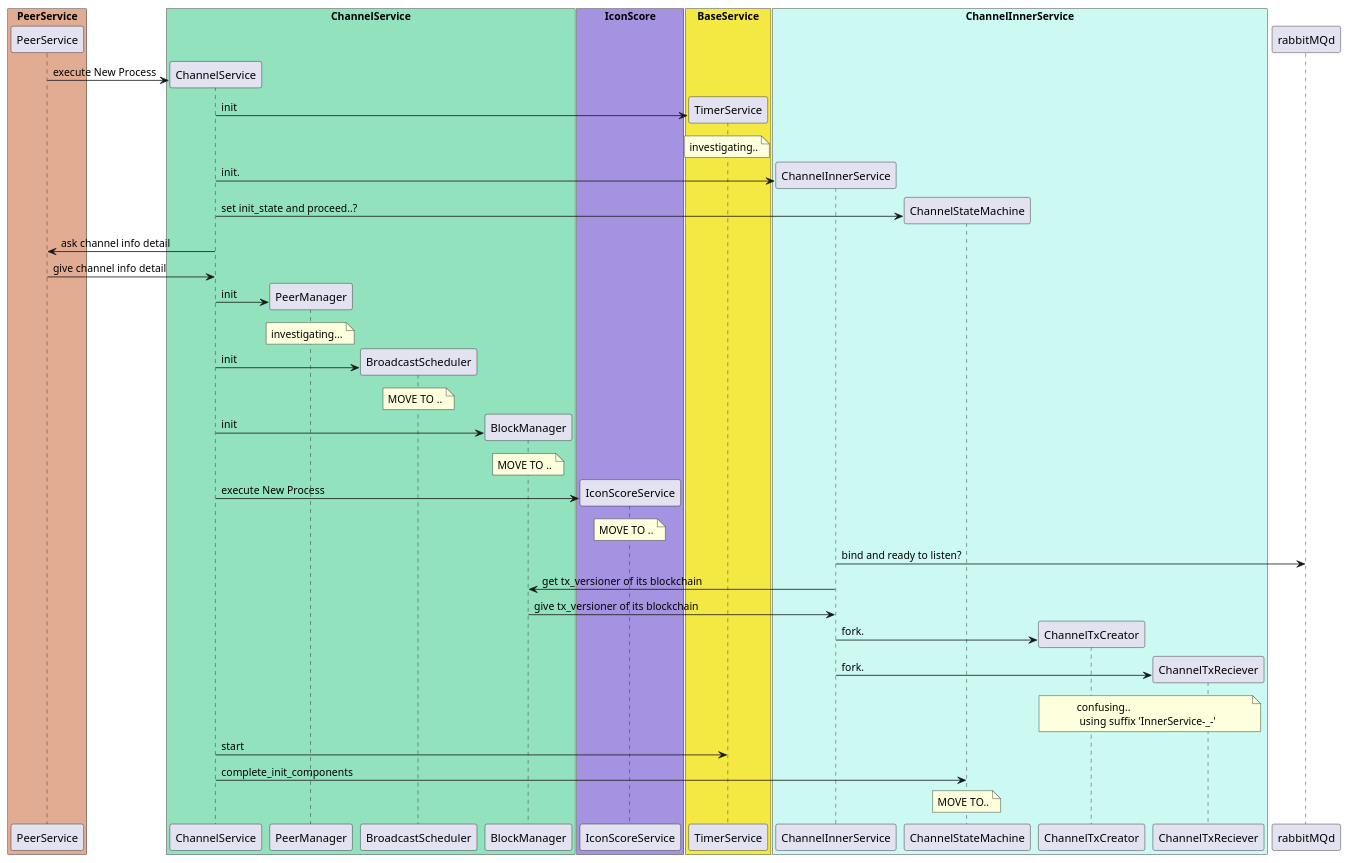
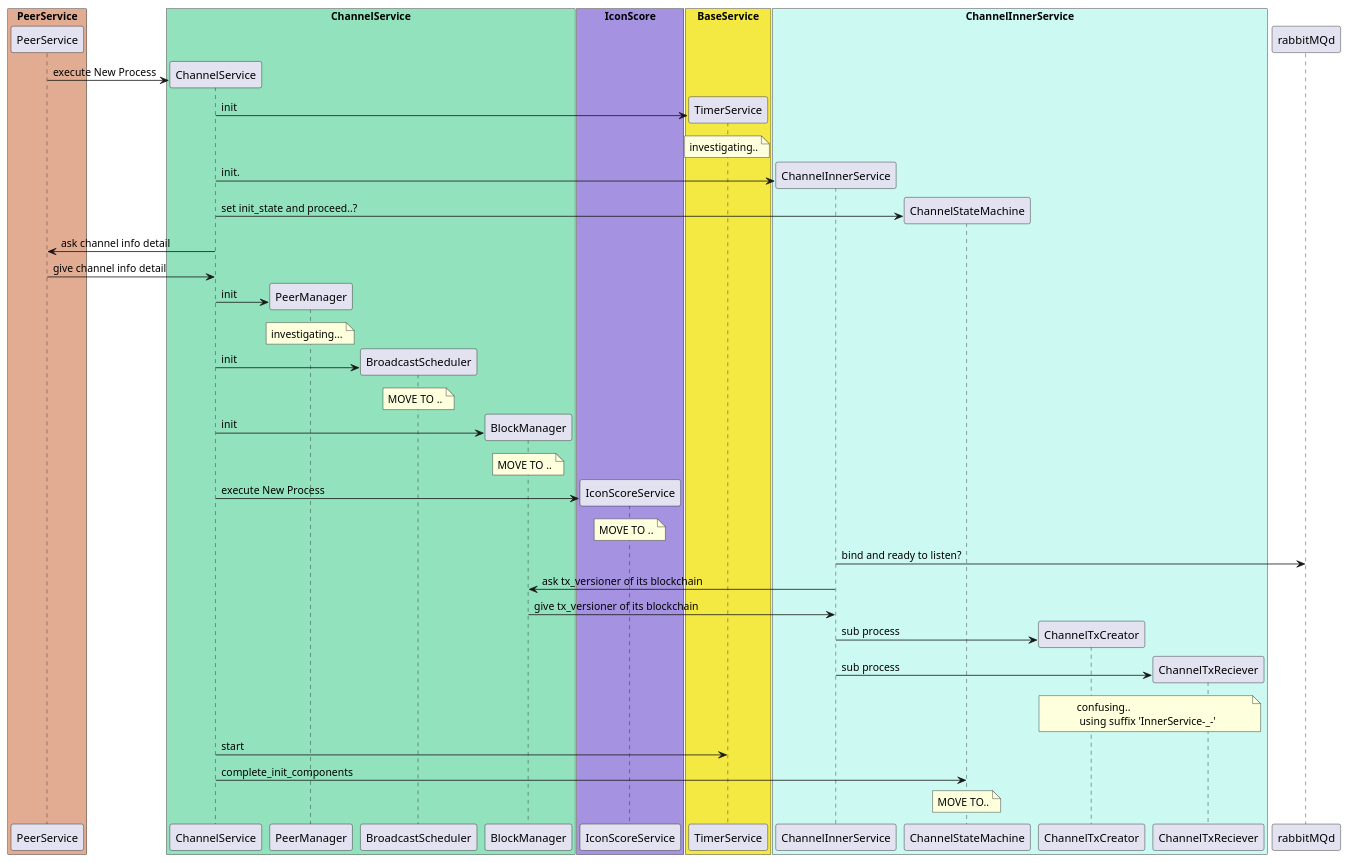
The diagram in diagram-sequence/processes/channel/channel-summary.puml (metalg0su/studies), drawn with PlantUML before and after one commit. The commit also changed other lines of this file and 7 other files, not shown here.

```diff
--- a/diagram-sequence/processes/channel/channel-summary.puml
+++ b/diagram-sequence/processes/channel/channel-summary.puml
@@ -81,81 +81,81 @@
 @startuml
 
 box "PeerService" #e2ac93
     participant PeerService
 end box
 
 box "ChannelService" #93e2be
     participant ChannelService 
     participant PeerManager 
     ' participant Signer
     participant BroadcastScheduler 
     participant BlockManager 
     ' participant NodeSubscriber
 end box
 
 box "IconScore" #a593e2
     participant IconScoreService
 end box
 
 box "BaseService" #f4e842 
     participant TimerService
 end box 
 
 box "ChannelInnerService" #ccf9f2
     participant ChannelInnerService
     participant ChannelStateMachine
     participant ChannelTxCreator
     participant ChannelTxReciever
 end box 
 
 create ChannelService
 PeerService -> ChannelService: execute New Process
 
 '---------- CHANNEL START 
 create TimerService
 ChannelService -> TimerService: init
 note over TimerService: investigating..
 create ChannelInnerService
 ChannelService -> ChannelInnerService: init.
 create ChannelStateMachine
 ChannelService -> ChannelStateMachine: set init_state and proceed..?
 ChannelService -> PeerService: ask channel info detail
 PeerService -> ChannelService: give channel info detail
 
 '---------- initialize channel by detailed info
 create PeerManager
 ChannelService -> PeerManager: init
 note over PeerManager: investigating...
 
 ' BroadcastScheduler
 create BroadcastScheduler
 ChannelService -> BroadcastScheduler: init
 note over BroadcastScheduler: MOVE TO ..
 
 ' BlockManager
 create BlockManager
 ChannelService -> BlockManager: init 
 note over BlockManager: MOVE TO ..
 
 '---------- SCORE-A
 create IconScoreService 
 ChannelService -> IconScoreService: execute New Process
 note over IconScoreService: MOVE TO ..
 '---------- SCORE-Z
 
 ChannelInnerService -> rabbitMQd: bind and ready to listen?
-ChannelInnerService -> BlockManager: get tx_versioner of its blockchain
+ChannelInnerService -> BlockManager: ask tx_versioner of its blockchain
 BlockManager -> ChannelInnerService: give tx_versioner of its blockchain
 
 '---------- Initialize Sub ServiceS 
 create ChannelTxCreator
-ChannelInnerService -> ChannelTxCreator: fork. 
+ChannelInnerService -> ChannelTxCreator: sub process 
 create ChannelTxReciever
-ChannelInnerService -> ChannelTxReciever: fork.
+ChannelInnerService -> ChannelTxReciever: sub process
 note over ChannelTxCreator, ChannelTxReciever: confusing..\n using suffix 'InnerService-_-' 
 
 '---------- finallei~ 
 ChannelService -> TimerService: start
 ChannelService -> ChannelStateMachine: complete_init_components
 note over ChannelStateMachine: MOVE TO..
 @enduml
```
